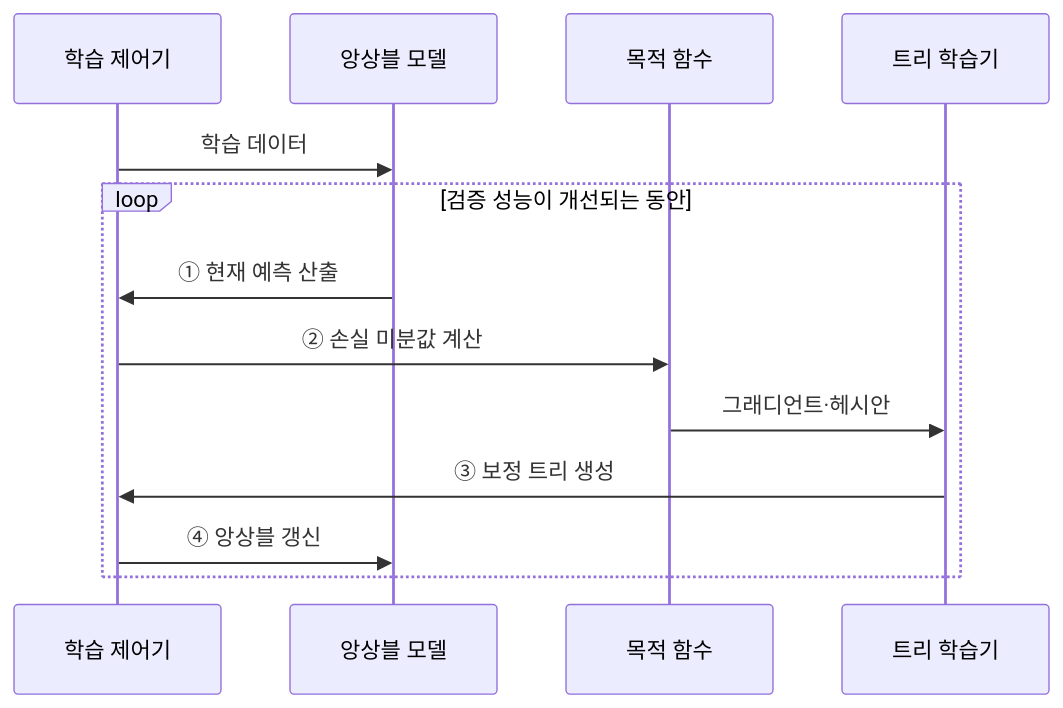
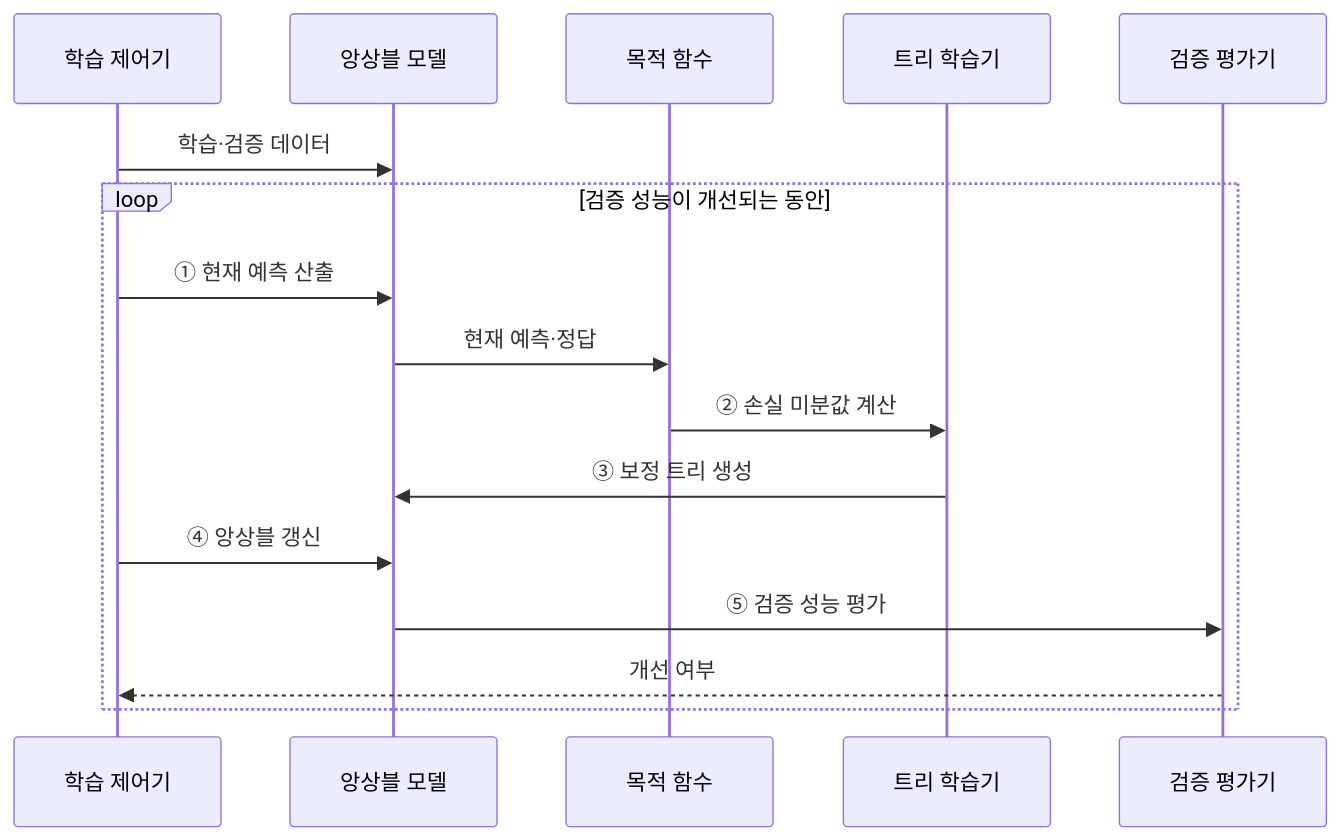
One commit to agnusdei1207/knowledge-base changed the second of 2 diagrams in src/content/docs/notes/01-basic-theory/053_xgboost_lightgbm.md. Above: the diagram before and after it, drawn with Mermaid. The commit also changed other lines of this file and 19 other files, not shown here.

````diff
--- a/src/content/docs/notes/01-basic-theory/053_xgboost_lightgbm.md
+++ b/src/content/docs/notes/01-basic-theory/053_xgboost_lightgbm.md
@@ -70,15 +78,18 @@
 ```mermaid
 sequenceDiagram
     participant C as 학습 제어기
     participant M as 앙상블 모델
     participant O as 목적 함수
     participant T as 트리 학습기
-    C->>M: 학습 데이터
+    participant V as 검증 평가기
+    C->>M: 학습·검증 데이터
     loop 검증 성능이 개선되는 동안
-        M->>C: ① 현재 예측 산출
-        C->>O: ② 손실 미분값 계산
-        O->>T: 그래디언트·헤시안
-        T->>C: ③ 보정 트리 생성
+        C->>M: ① 현재 예측 산출
+        M->>O: 현재 예측·정답
+        O->>T: ② 손실 미분값 계산
+        T->>M: ③ 보정 트리 생성
         C->>M: ④ 앙상블 갱신
+        M->>V: ⑤ 검증 성능 평가
+        V-->>C: 개선 여부
     end
 ```
````
